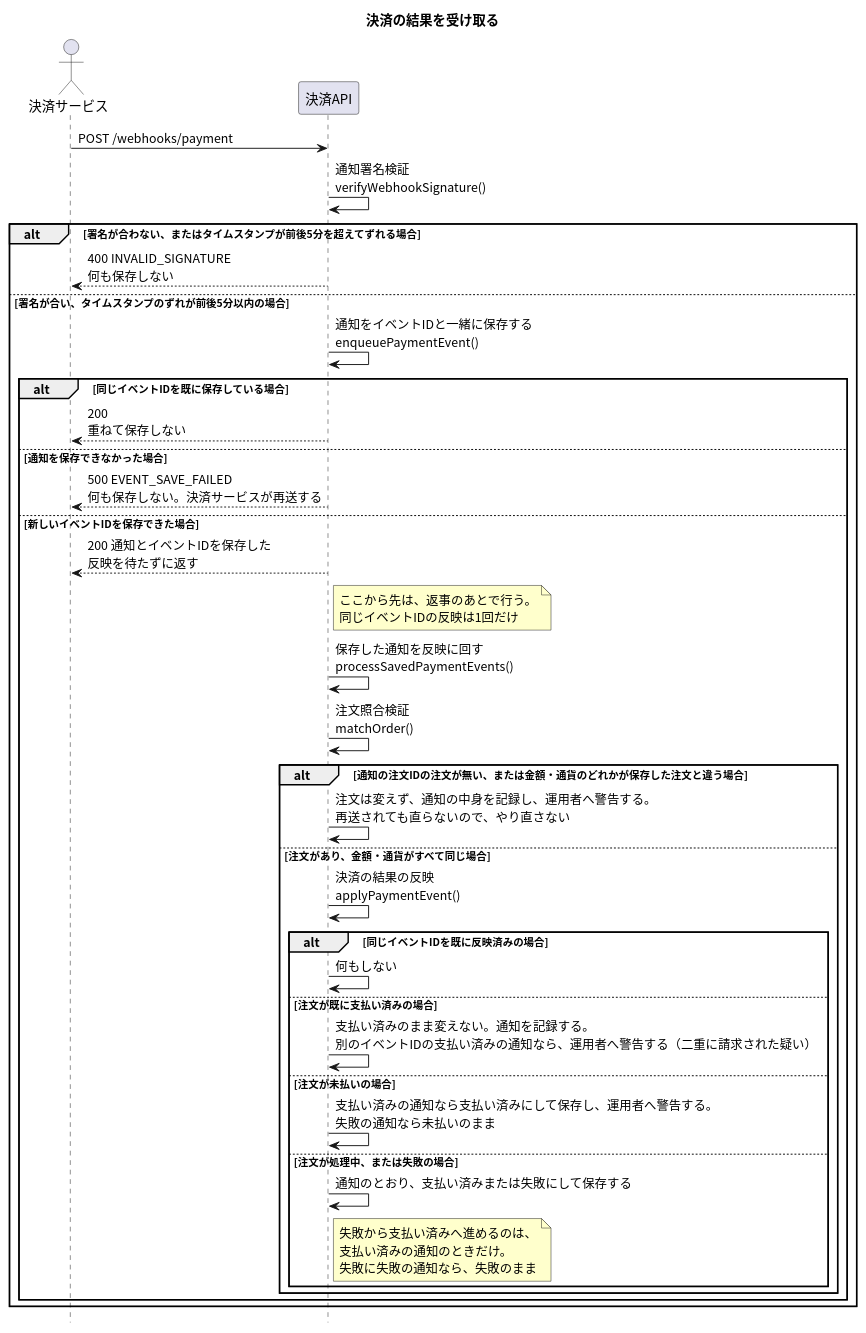
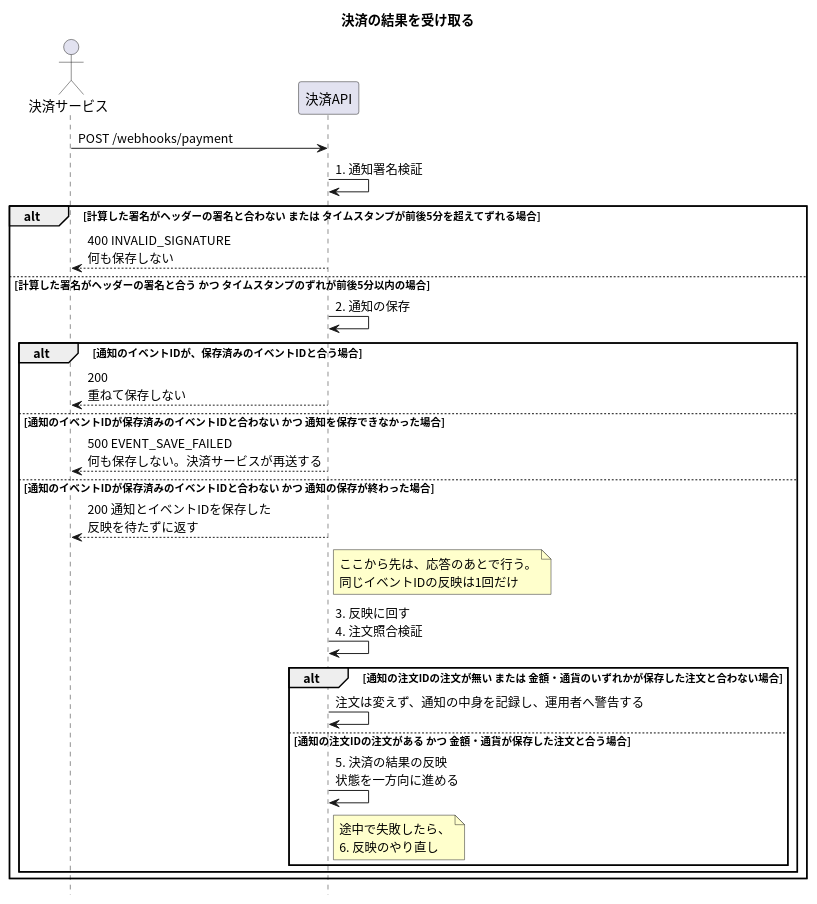
One commit to masamasamasato/design-doc-template changed the diagram in apis/payment-webhook/入口.puml. Above: the diagram before and after it, drawn with PlantUML. The commit also changed 28 other files, not shown here.

```diff
--- a/apis/payment-webhook/入口.puml
+++ b/apis/payment-webhook/入口.puml
@@ -1,45 +1,35 @@
 @startuml
 skinparam shadowing false
 skinparam defaultFontName "Noto Sans CJK JP"
 skinparam SequenceFontName "Noto Sans CJK JP"
 skinparam NoteBackgroundColor #FFFFCC
 hide footbox
 
 title 決済の結果を受け取る
 
 actor "決済サービス" as PSP
 participant "決済API" as API
 
 PSP -> API : POST /webhooks/payment
-API -> API : 通知署名検証\nverifyWebhookSignature()
-alt 署名が合わない、またはタイムスタンプが前後5分を超えてずれる場合
+API -> API : 1. 通知署名検証
+alt 計算した署名がヘッダーの署名と合わない または タイムスタンプが前後5分を超えてずれる場合
   API --> PSP : 400 INVALID_SIGNATURE\n何も保存しない
-else 署名が合い、タイムスタンプのずれが前後5分以内の場合
-  API -> API : 通知をイベントIDと一緒に保存する\nenqueuePaymentEvent()
-  alt 同じイベントIDを既に保存している場合
+else 計算した署名がヘッダーの署名と合う かつ タイムスタンプのずれが前後5分以内の場合
+  API -> API : 2. 通知の保存
+  alt 通知のイベントIDが、保存済みのイベントIDと合う場合
     API --> PSP : 200\n重ねて保存しない
-  else 通知を保存できなかった場合
+  else 通知のイベントIDが保存済みのイベントIDと合わない かつ 通知を保存できなかった場合
     API --> PSP : 500 EVENT_SAVE_FAILED\n何も保存しない。決済サービスが再送する
-  else 新しいイベントIDを保存できた場合
+  else 通知のイベントIDが保存済みのイベントIDと合わない かつ 通知の保存が終わった場合
     API --> PSP : 200 通知とイベントIDを保存した\n反映を待たずに返す
-    note right of API : ここから先は、返事のあとで行う。\n同じイベントIDの反映は1回だけ
-    API -> API : 保存した通知を反映に回す\nprocessSavedPaymentEvents()
-    API -> API : 注文照合検証\nmatchOrder()
-    alt 通知の注文IDの注文が無い、または金額・通貨のどれかが保存した注文と違う場合
-      API -> API : 注文は変えず、通知の中身を記録し、運用者へ警告する。\n再送されても直らないので、やり直さない
-    else 注文があり、金額・通貨がすべて同じ場合
-      API -> API : 決済の結果の反映\napplyPaymentEvent()
-      alt 同じイベントIDを既に反映済みの場合
-        API -> API : 何もしない
-      else 注文が既に支払い済みの場合
-        API -> API : 支払い済みのまま変えない。通知を記録する。\n別のイベントIDの支払い済みの通知なら、運用者へ警告する（二重に請求された疑い）
-      else 注文が未払いの場合
-        API -> API : 支払い済みの通知なら支払い済みにして保存し、運用者へ警告する。\n失敗の通知なら未払いのまま
-      else 注文が処理中、または失敗の場合
-        API -> API : 通知のとおり、支払い済みまたは失敗にして保存する
-        note right of API : 失敗から支払い済みへ進めるのは、\n支払い済みの通知のときだけ。\n失敗に失敗の通知なら、失敗のまま
-      end
+    note right of API : ここから先は、応答のあとで行う。\n同じイベントIDの反映は1回だけ
+    API -> API : 3. 反映に回す\n4. 注文照合検証
+    alt 通知の注文IDの注文が無い または 金額・通貨のいずれかが保存した注文と合わない場合
+      API -> API : 注文は変えず、通知の中身を記録し、運用者へ警告する
+    else 通知の注文IDの注文がある かつ 金額・通貨が保存した注文と合う場合
+      API -> API : 5. 決済の結果の反映\n状態を一方向に進める
+      note right of API : 途中で失敗したら、\n6. 反映のやり直し
     end
   end
 end
 @enduml
```
